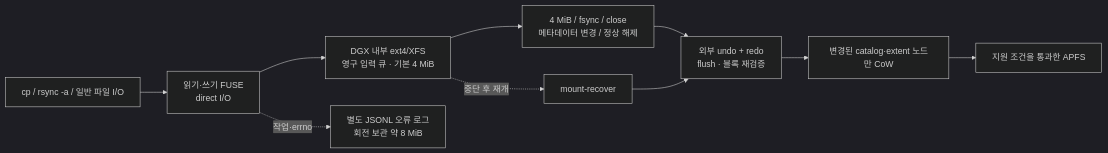
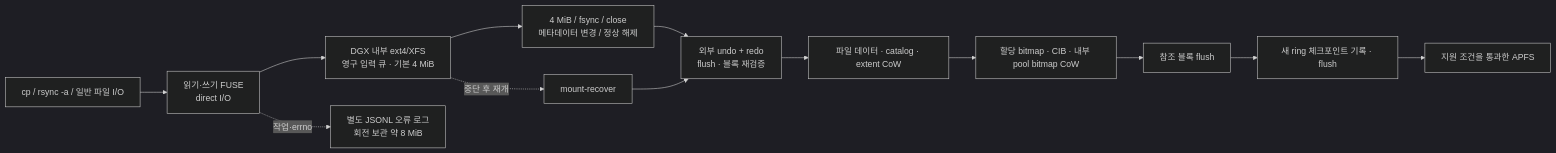
One commit to JUNJOONHWAN/LAPFS changed the diagram in README.md. Above: the diagram before and after it, drawn with Mermaid (dark theme). The commit also changed other lines of this file and 13 other files, not shown here.

````diff
--- a/README.md
+++ b/README.md
@@ -32,12 +32,15 @@
 ```mermaid
 flowchart LR
     App["cp / rsync -a / 일반 파일 I/O"] --> FUSE["읽기·쓰기 FUSE\ndirect I/O"]
     FUSE --> Queue["DGX 내부 ext4/XFS\n영구 입력 큐 · 기본 4 MiB"]
     Queue --> Trigger["4 MiB / fsync / close\n메타데이터 변경 / 정상 해제"]
     Trigger --> Journal["외부 undo + redo\nflush · 블록 재검증"]
-    Journal --> COW["변경된 catalog·extent 노드만 CoW"]
-    COW --> APFS["지원 조건을 통과한 APFS"]
+    Journal --> COW["파일 데이터 · catalog · extent CoW"]
+    COW --> Space["할당 bitmap · CIB · 내부 pool bitmap CoW"]
+    Space --> Barrier["참조 블록 flush"]
+    Barrier --> Checkpoint["새 ring 체크포인트 기록 · flush"]
+    Checkpoint --> APFS["지원 조건을 통과한 APFS"]
     Queue -. "중단 후 재개" .-> Recover["mount-recover"]
     Recover --> Journal
     FUSE -. "작업·errno" .-> Log["별도 JSONL 오류 로그\n회전 보관 약 8 MiB"]
 ```
````
